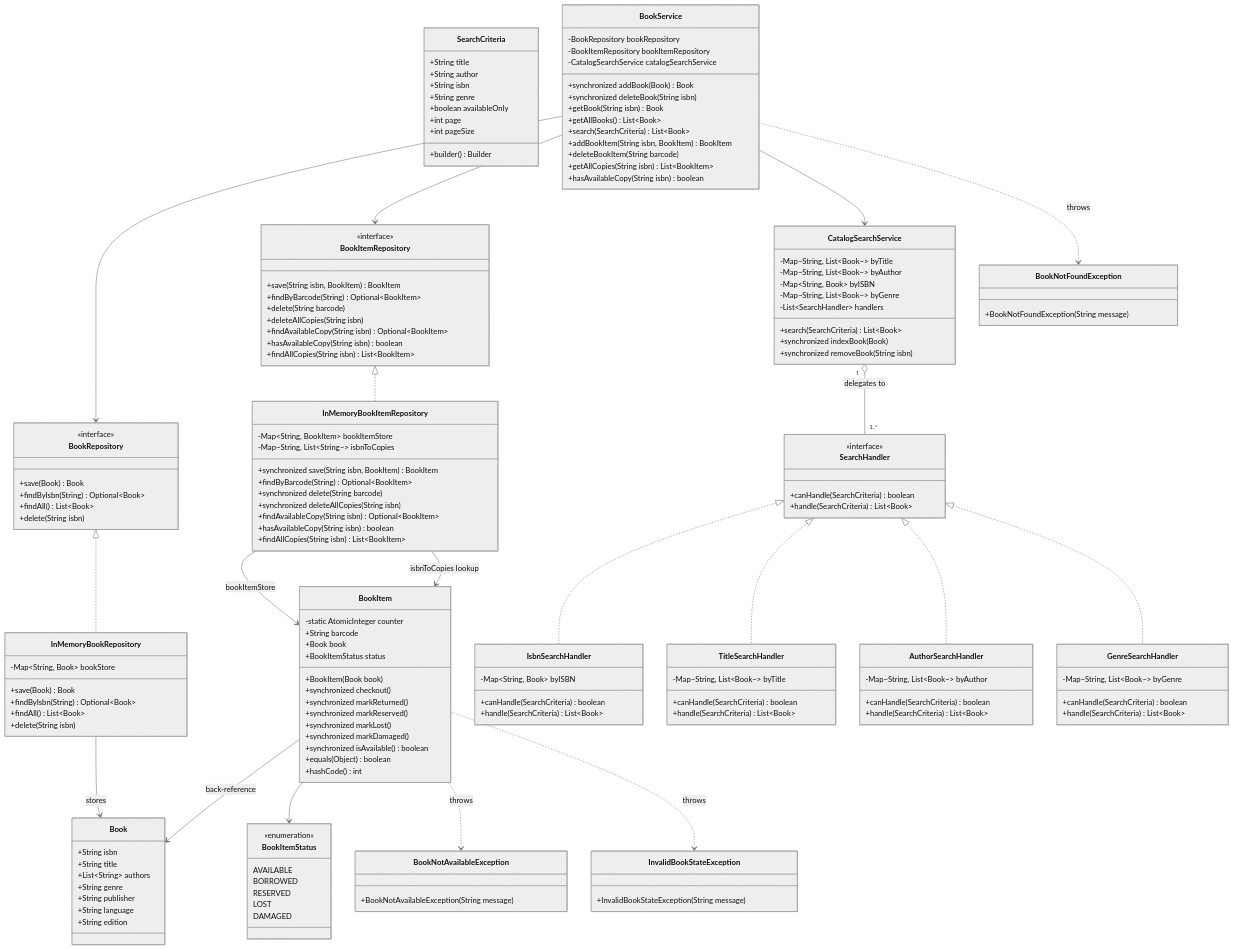
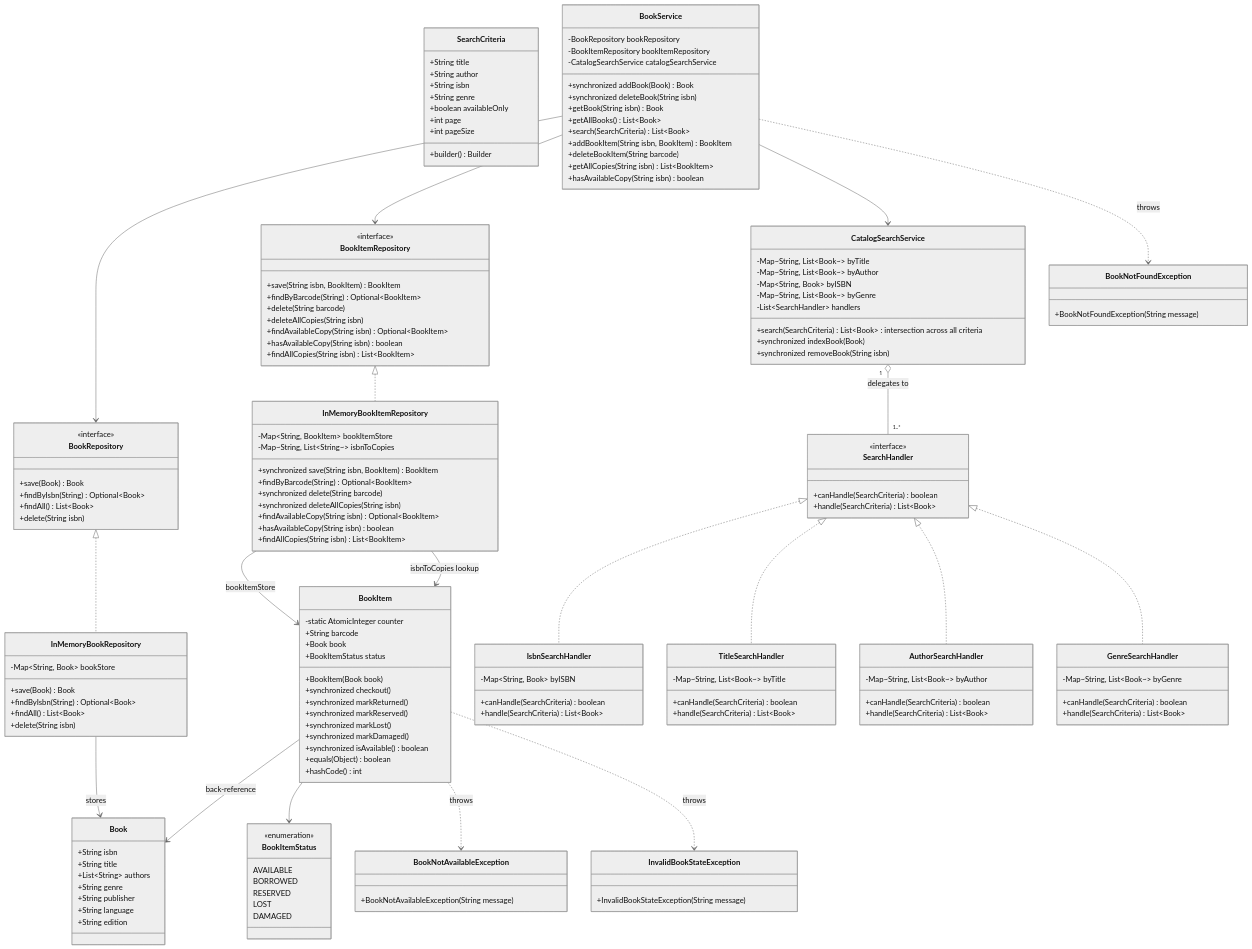
One commit to Arnavjain1703/LLD changed the first of 9 diagrams in LibraryManagementSystem/class-diagram.md. Above: the diagram before and after it, drawn with Mermaid (neutral theme). The commit also changed other lines of this file and 51 other files, not shown here.

```diff
--- a/LibraryManagementSystem/class-diagram.md
+++ b/LibraryManagementSystem/class-diagram.md
@@ -139,7 +139,7 @@
         -Map~String, Book~ byISBN
         -Map~String, List~Book~~ byGenre
         -List~SearchHandler~ handlers
-        +search(SearchCriteria) List~Book~
+        +search(SearchCriteria) List~Book~ : intersection across all criteria
         +synchronized indexBook(Book)
         +synchronized removeBook(String isbn)
     }
```
